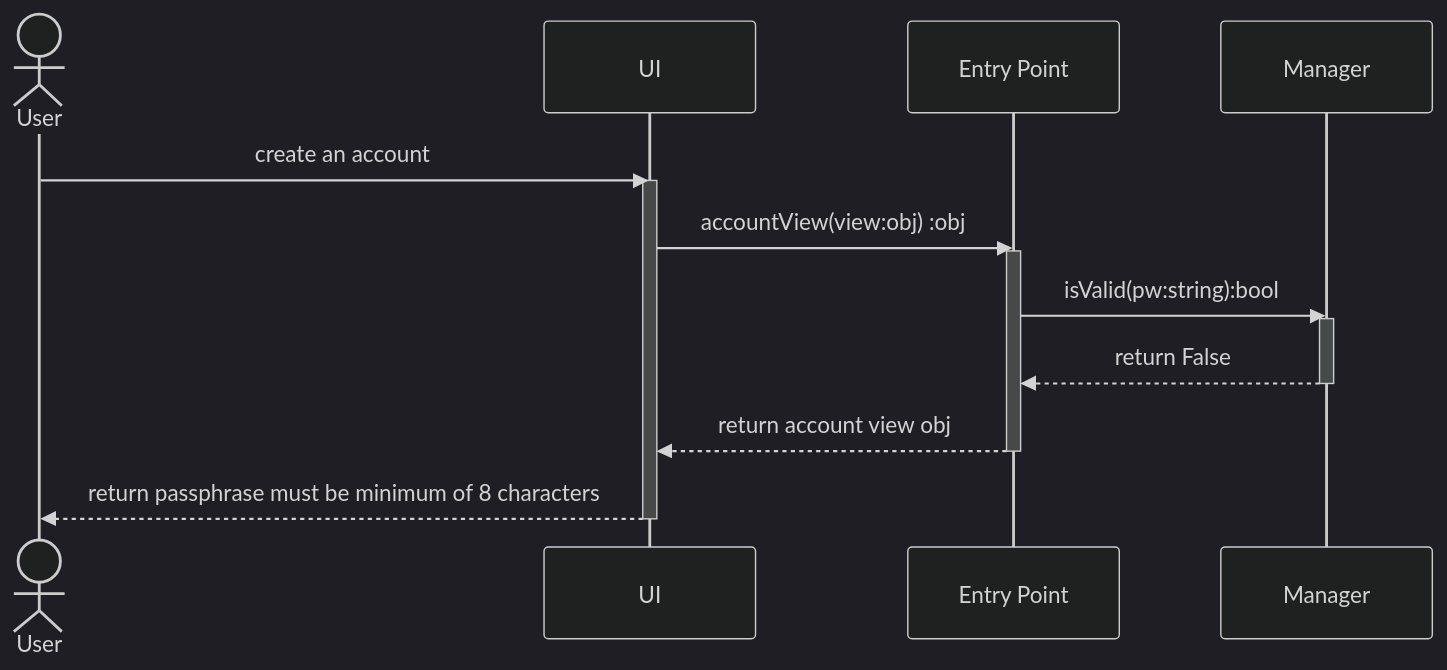
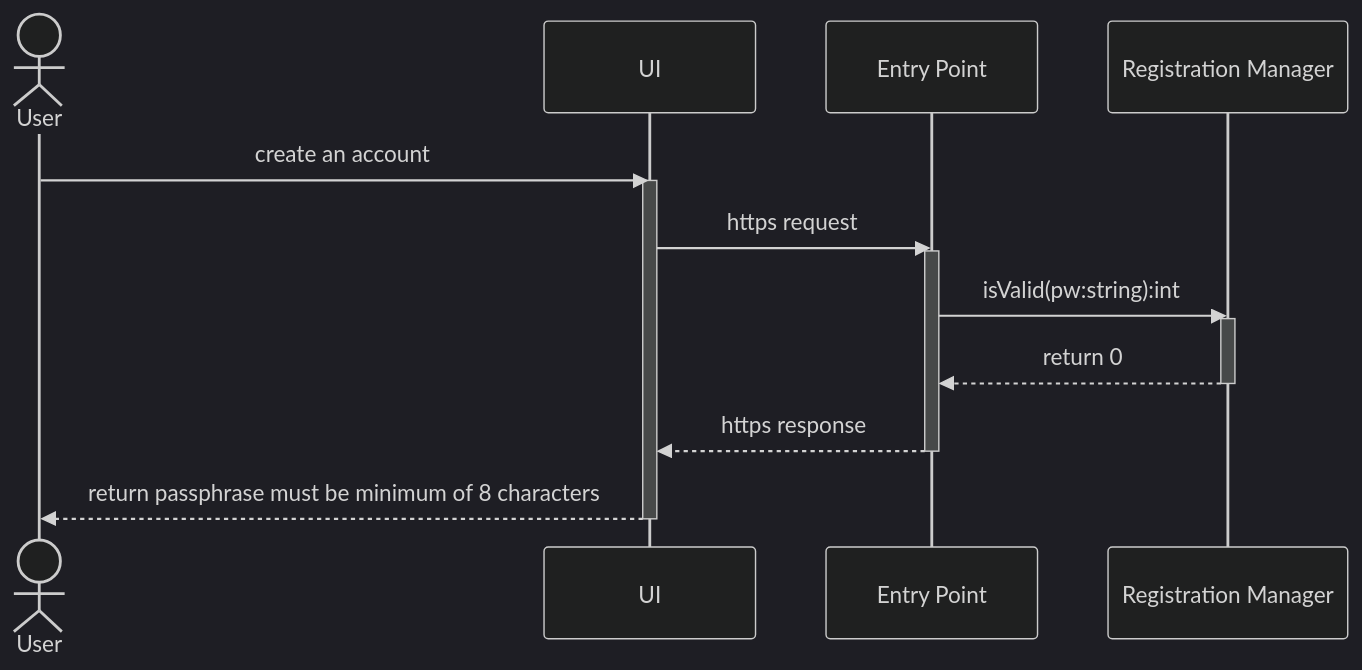
The diagram in milestone 2/low level design/registration/failures/v3/account/account_invalid_pw_length.md (JosephArmas/cecs-491A-Team-Big-Data), drawn with Mermaid (dark theme) before and after one commit. The commit also changed 8 other files, not shown here.

````diff
--- a/milestone 2/low level design/registration/failures/v3/account/account_invalid_pw_length.md
+++ b/milestone 2/low level design/registration/failures/v3/account/account_invalid_pw_length.md
@@ -2,16 +2,16 @@
 ```mermaid
 sequenceDiagram
     actor User
     User ->> UI: create an account
     activate UI
-    UI ->> Entry Point: accountView(view:obj) :obj
+    UI ->> Entry Point: https request
     activate Entry Point
-    Entry Point ->> Manager: isValid(pw:string):bool
-    activate Manager
-    Manager -->> Entry Point: return False 
-    deactivate Manager
-    Entry Point -->> UI: return account view obj
+    Entry Point ->> Registration Manager: isValid(pw:string):int
+    activate Registration Manager
+    Registration Manager -->> Entry Point: return 0 
+    deactivate Registration Manager
+    Entry Point -->> UI: https response
     deactivate Entry Point
     UI -->> User: return passphrase must be minimum of 8 characters
     deactivate UI
 ```
````
